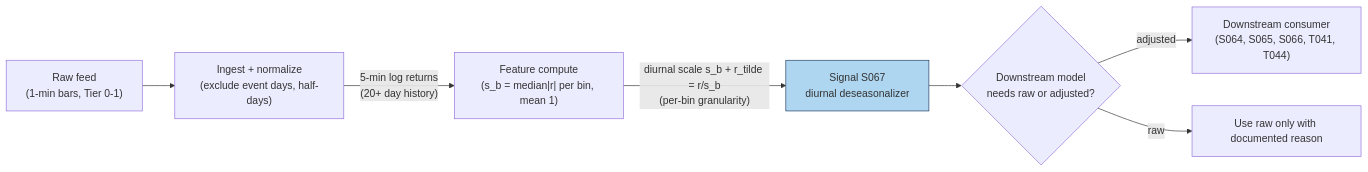
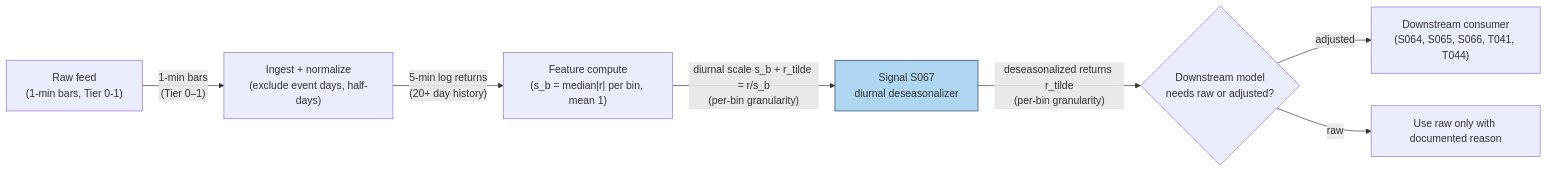
The diagram in batches/SB8/S067.md (praveenguptahcl/quant-signals-deep), drawn with Mermaid before and after one commit. The commit also changed other lines of this file and 12 other files, not shown here.

````diff
--- a/batches/SB8/S067.md
+++ b/batches/SB8/S067.md
@@ -261,10 +263,10 @@
 ```mermaid
 flowchart LR
-    FEED["Raw feed\n(1-min bars, Tier 0-1)"] --> ING["Ingest + normalize\n(exclude event days, half-days)"]
+    FEED["Raw feed\n(1-min bars, Tier 0-1)"] -->|"1-min bars\n(Tier 0–1)"| ING["Ingest + normalize\n(exclude event days, half-days)"]
     ING -->|"5-min log returns\n(20+ day history)"| FEAT["Feature compute\n(s_b = median|r| per bin, mean 1)"]
     FEAT -->|"diurnal scale s_b + r_tilde = r/s_b\n(per-bin granularity)"| SIG["Signal S067\ndiurnal deseasonalizer"]
-    SIG --> GATE{"Downstream model\nneeds raw or adjusted?"}
+    SIG -->|"deseasonalized returns r_tilde\n(per-bin granularity)"| GATE{"Downstream model\nneeds raw or adjusted?"}
     GATE -->|adjusted| OUT["Downstream consumer\n(S064, S065, S066, T041, T044)"]
     GATE -->|raw| DROP["Use raw only with documented reason"]
     style SIG fill:#aed6f1,stroke:#1f3a5f
 ```
````
